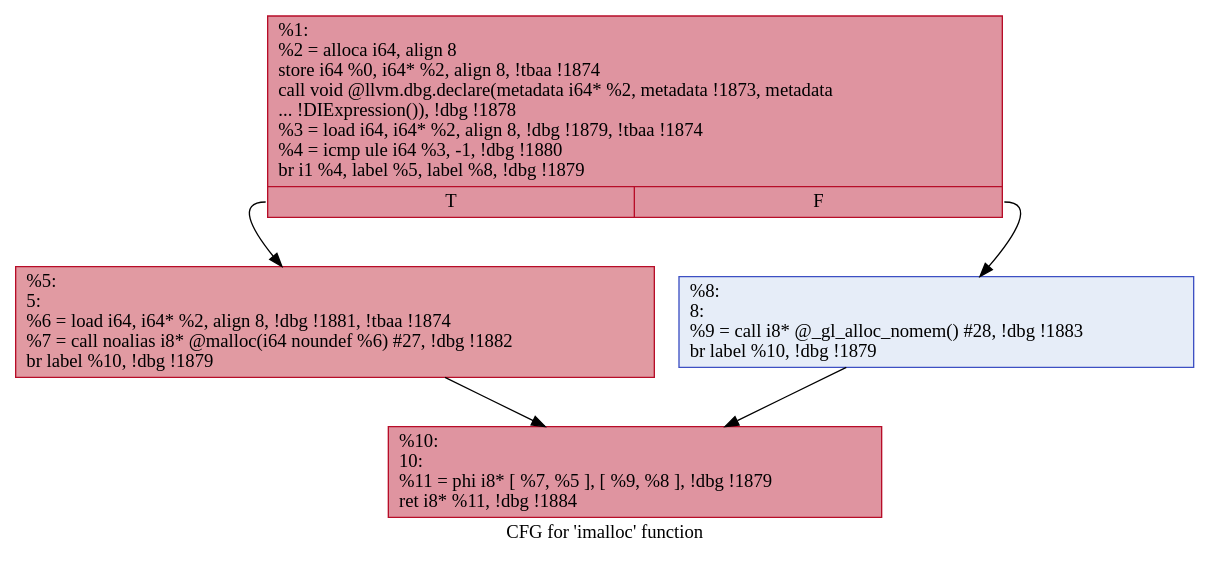
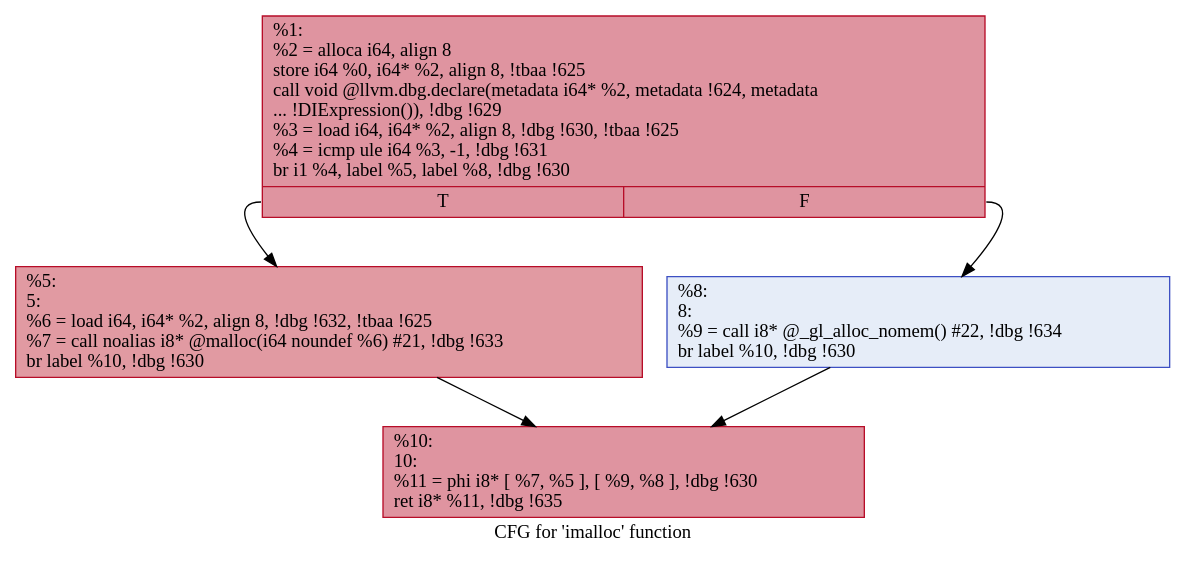
One commit to hmc-alpaqa/metrinome changed the diagram in src/experiments/coreutils/.imalloc.dot. Above: the diagram before and after it, drawn with Graphviz. The commit also changed 490 other files, not shown here.

Commit message:
success graph simplifying on true.bc

```diff
--- a/src/experiments/coreutils/.imalloc.dot
+++ b/src/experiments/coreutils/.imalloc.dot
@@ -1,12 +1,12 @@
 digraph "CFG for 'imalloc' function" {
 	label="CFG for 'imalloc' function";
 
-	Node0xe55cd0 [shape=record,color="#b70d28ff", style=filled, fillcolor="#b70d2870",label="{%1:\l  %2 = alloca i64, align 8\l  store i64 %0, i64* %2, align 8, !tbaa !1874\l  call void @llvm.dbg.declare(metadata i64* %2, metadata !1873, metadata\l... !DIExpression()), !dbg !1878\l  %3 = load i64, i64* %2, align 8, !dbg !1879, !tbaa !1874\l  %4 = icmp ule i64 %3, -1, !dbg !1880\l  br i1 %4, label %5, label %8, !dbg !1879\l|{<s0>T|<s1>F}}"];
-	Node0xe55cd0:s0 -> Node0xe56010;
-	Node0xe55cd0:s1 -> Node0xe56060;
-	Node0xe56010 [shape=record,color="#b70d28ff", style=filled, fillcolor="#bb1b2c70",label="{%5:\l5:                                                \l  %6 = load i64, i64* %2, align 8, !dbg !1881, !tbaa !1874\l  %7 = call noalias i8* @malloc(i64 noundef %6) #27, !dbg !1882\l  br label %10, !dbg !1879\l}"];
-	Node0xe56010 -> Node0xe560b0;
-	Node0xe56060 [shape=record,color="#3d50c3ff", style=filled, fillcolor="#c7d7f070",label="{%8:\l8:                                                \l  %9 = call i8* @_gl_alloc_nomem() #28, !dbg !1883\l  br label %10, !dbg !1879\l}"];
-	Node0xe56060 -> Node0xe560b0;
-	Node0xe560b0 [shape=record,color="#b70d28ff", style=filled, fillcolor="#b70d2870",label="{%10:\l10:                                               \l  %11 = phi i8* [ %7, %5 ], [ %9, %8 ], !dbg !1879\l  ret i8* %11, !dbg !1884\l}"];
+	Node0x1d091d0 [shape=record,color="#b70d28ff", style=filled, fillcolor="#b70d2870",label="{%1:\l  %2 = alloca i64, align 8\l  store i64 %0, i64* %2, align 8, !tbaa !625\l  call void @llvm.dbg.declare(metadata i64* %2, metadata !624, metadata\l... !DIExpression()), !dbg !629\l  %3 = load i64, i64* %2, align 8, !dbg !630, !tbaa !625\l  %4 = icmp ule i64 %3, -1, !dbg !631\l  br i1 %4, label %5, label %8, !dbg !630\l|{<s0>T|<s1>F}}"];
+	Node0x1d091d0:s0 -> Node0x1d0e190;
+	Node0x1d091d0:s1 -> Node0x1d0e1e0;
+	Node0x1d0e190 [shape=record,color="#b70d28ff", style=filled, fillcolor="#bb1b2c70",label="{%5:\l5:                                                \l  %6 = load i64, i64* %2, align 8, !dbg !632, !tbaa !625\l  %7 = call noalias i8* @malloc(i64 noundef %6) #21, !dbg !633\l  br label %10, !dbg !630\l}"];
+	Node0x1d0e190 -> Node0x1d0e230;
+	Node0x1d0e1e0 [shape=record,color="#3d50c3ff", style=filled, fillcolor="#c7d7f070",label="{%8:\l8:                                                \l  %9 = call i8* @_gl_alloc_nomem() #22, !dbg !634\l  br label %10, !dbg !630\l}"];
+	Node0x1d0e1e0 -> Node0x1d0e230;
+	Node0x1d0e230 [shape=record,color="#b70d28ff", style=filled, fillcolor="#b70d2870",label="{%10:\l10:                                               \l  %11 = phi i8* [ %7, %5 ], [ %9, %8 ], !dbg !630\l  ret i8* %11, !dbg !635\l}"];
 }
```
